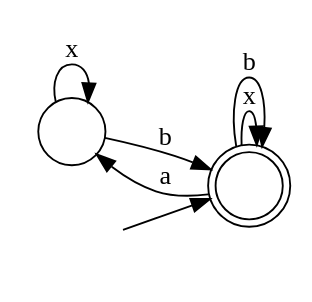
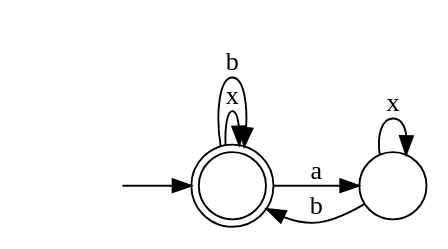
Before and after one commit to cdc08x/MINERful: the diagram in re-ltlf-fsa/automata/AlternateResponse_a__b_.dot, drawn with Graphviz. The commit also changed 29 other files, not shown here.

```diff
--- a/re-ltlf-fsa/automata/AlternateResponse_a__b_.dot
+++ b/re-ltlf-fsa/automata/AlternateResponse_a__b_.dot
@@ -1,12 +1,12 @@
 digraph Automaton {
   rankdir = LR;
-  0 [shape=circle,label=""];
+  0 [shape=doublecircle,label=""];
+  initial [shape=plaintext,label=""];
+  initial -> 0
+  0 -> 1 [label="a"]
   0 -> 0 [label="x"]
-  0 -> 1 [label="b"]
-  1 [shape=doublecircle,label=""];
-  initial [shape=plaintext,label=""];
-  initial -> 1
-  1 -> 0 [label="a"]
+  0 -> 0 [label="b"]
+  1 [shape=circle,label=""];
   1 -> 1 [label="x"]
-  1 -> 1 [label="b"]
+  1 -> 0 [label="b"]
 }
```
